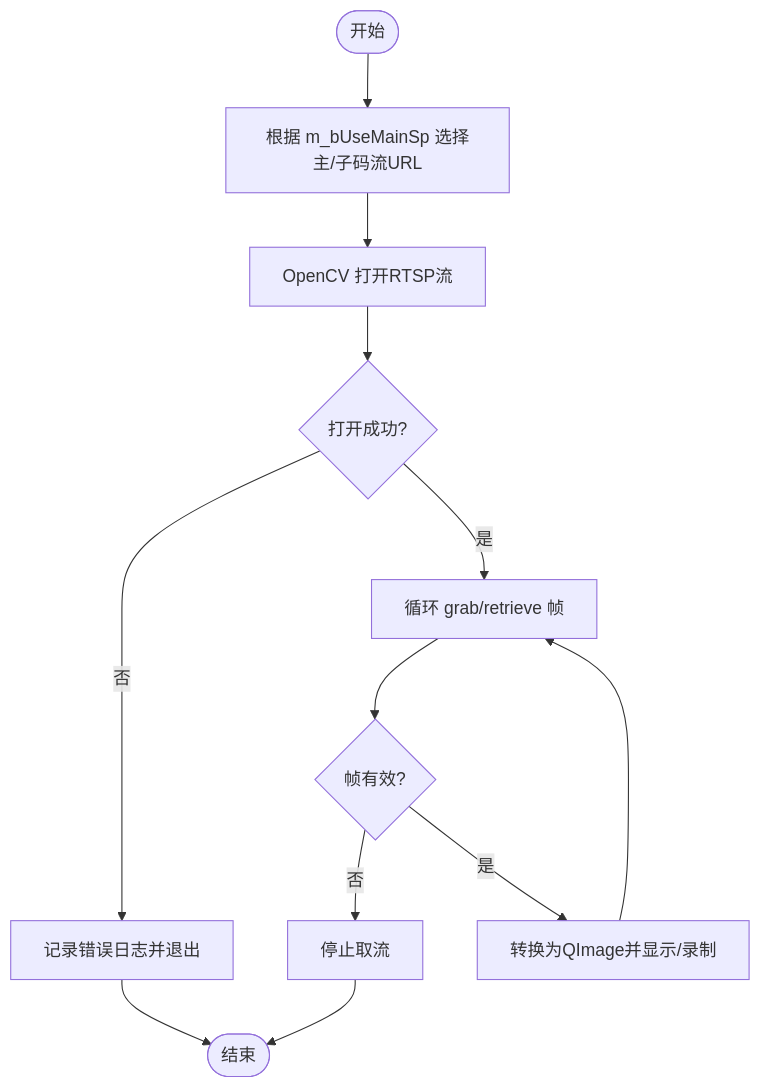
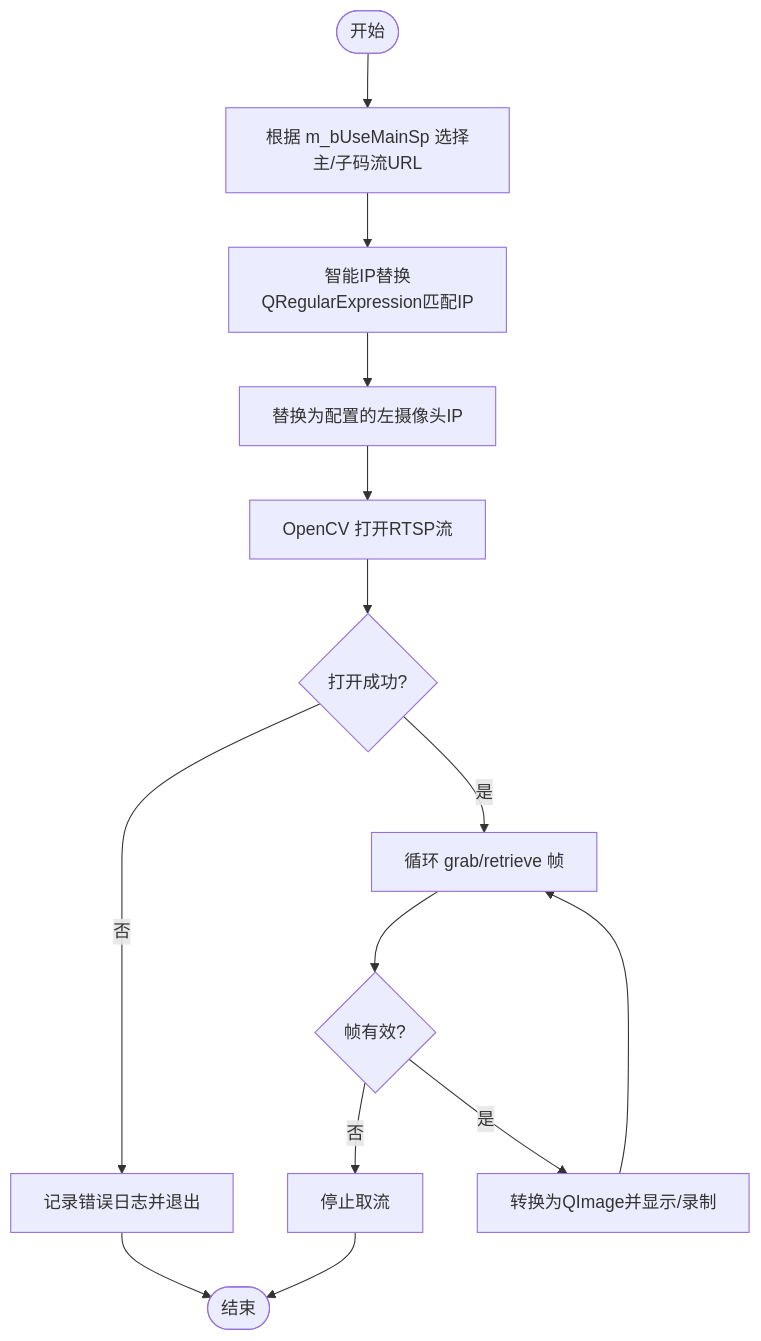
One commit to yangreest/Zero-value-Insulator-Robot-V2 changed the third of 4 diagrams in .qoder/repowiki/zh/content/用户手册/系统设置配置/摄像头配置.md. Above: the diagram before and after it, drawn with Mermaid. The commit also changed other lines of this file and 6 other files, not shown here.

````diff
--- a/.qoder/repowiki/zh/content/用户手册/系统设置配置/摄像头配置.md
+++ b/.qoder/repowiki/zh/content/用户手册/系统设置配置/摄像头配置.md
@@ -155,14 +196,16 @@
 ```mermaid
 flowchart TD
 Start(["开始"]) --> Pick["根据 m_bUseMainSp 选择主/子码流URL"]
-Pick --> Open["OpenCV 打开RTSP流"]
+Pick --> Regex["智能IP替换<br/>QRegularExpression匹配IP"]
+Regex --> Replace["替换为配置的左摄像头IP"]
+Replace --> Open["OpenCV 打开RTSP流"]
 Open --> Ok{"打开成功?"}
 Ok -- 否 --> LogErr["记录错误日志并退出"]
 Ok -- 是 --> Loop["循环 grab/retrieve 帧"]
 Loop --> FrameOk{"帧有效?"}
 FrameOk -- 否 --> Stop["停止取流"]
 FrameOk -- 是 --> Show["转换为QImage并显示/录制"]
 Show --> Loop
 Stop --> End(["结束"])
 LogErr --> End
 ```
````
